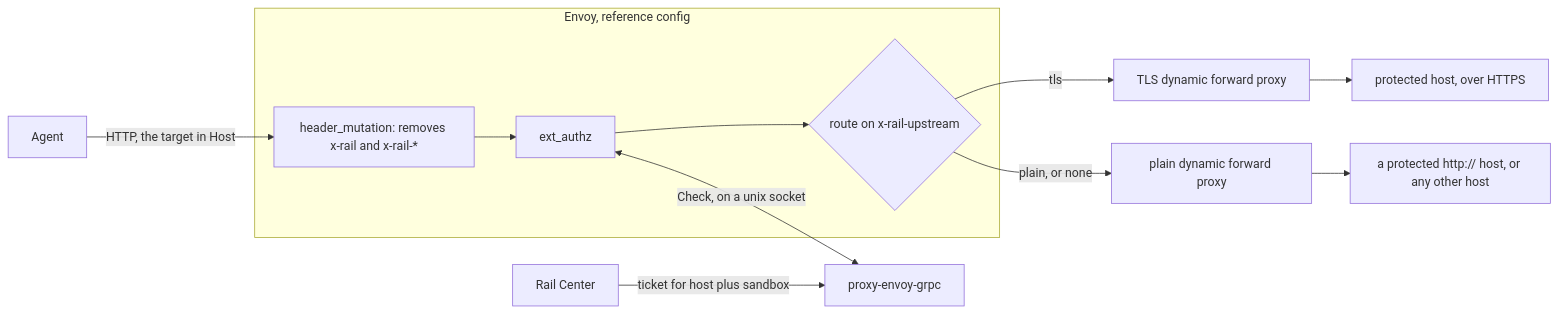
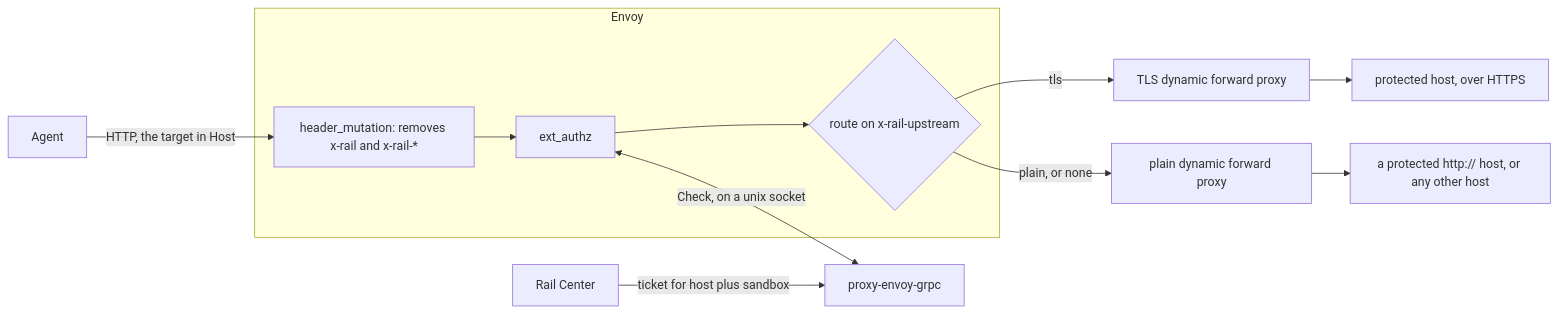
One commit to datrail/proxy changed the diagram in proxy-envoy-grpc/README.md. Above: the diagram before and after it, drawn with Mermaid. The commit also changed other lines of this file and 6 other files, not shown here.

First line of the commit message:
Move the Envoy config into the e2e suite, out of the extension's image (#25)

````diff
--- a/proxy-envoy-grpc/README.md
+++ b/proxy-envoy-grpc/README.md
@@ -9,14 +9,14 @@
 ```mermaid
 flowchart LR
   agent["Agent"] -->|"HTTP, the target in Host"| strip
-  subgraph envoy["Envoy, reference config"]
+  subgraph envoy["Envoy"]
     strip["header_mutation: removes x-rail and x-rail-*"] --> authz["ext_authz"]
     authz --> route{"route on x-rail-upstream"}
   end
   authz <-->|"Check, on a unix socket"| ext["proxy-envoy-grpc"]
   center["Rail Center"] -->|"ticket for host plus sandbox"| ext
   route -->|"tls"| tls["TLS dynamic forward proxy"]
   route -->|"plain, or none"| plain["plain dynamic forward proxy"]
   tls --> protected["protected host, over HTTPS"]
   plain --> other["a protected http:// host, or any other host"]
 ```
````
